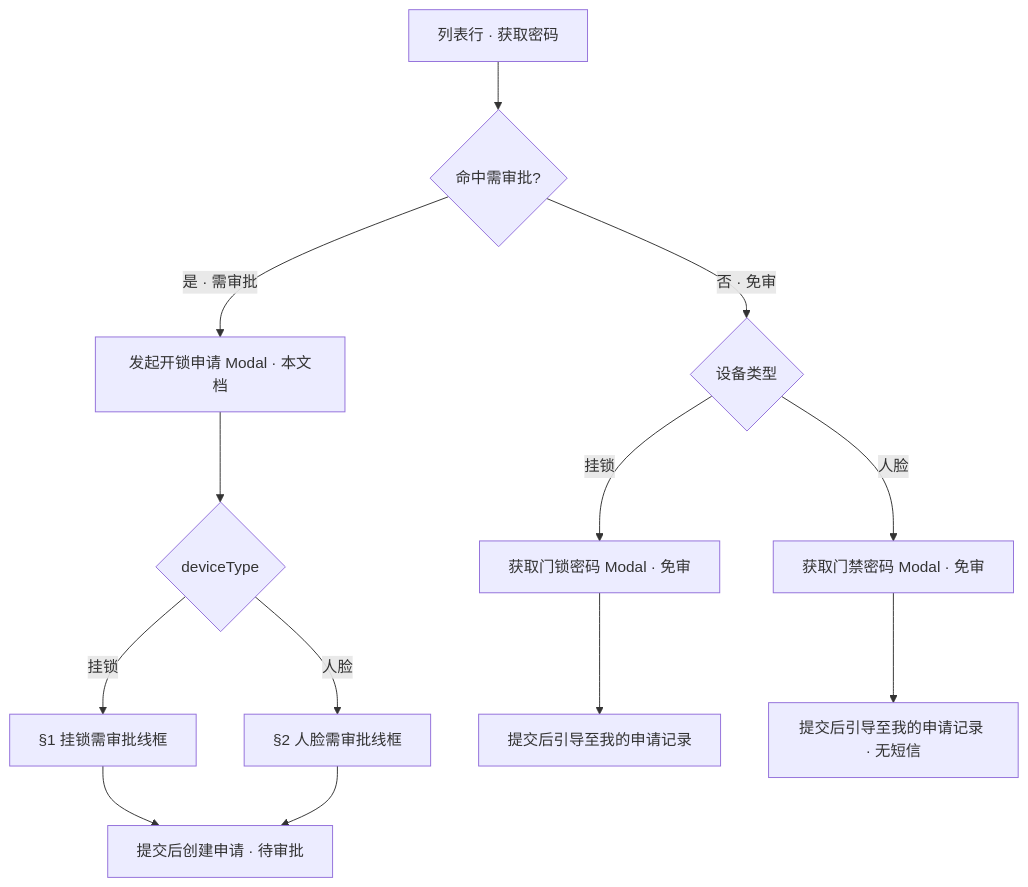
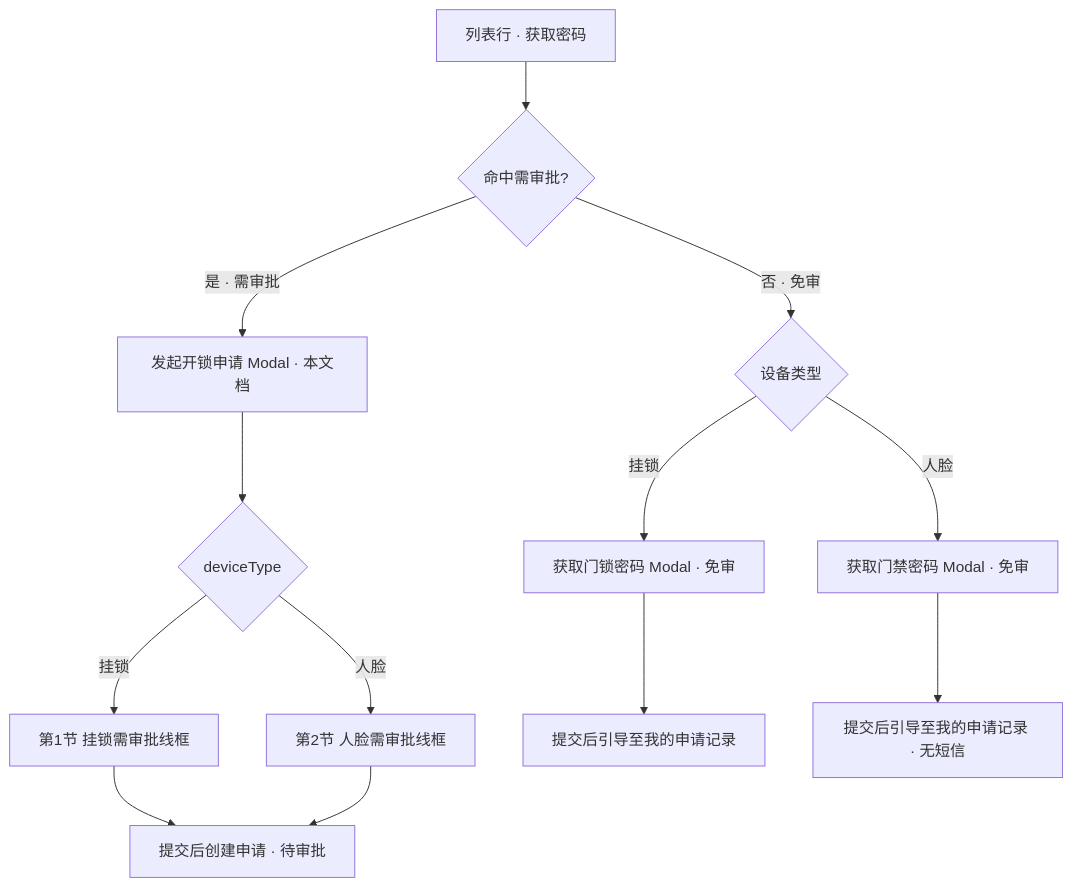
Before and after one commit to RobertHuang999/SYZC: the diagram in 02-PRD文档/B-迭代需求/6.2版本（2026.08）/07-审批中心/03-业务审批/04-我的申请管理/04-开锁审批/开锁申请_ASCII_发起申请页.md, drawn with Mermaid. The commit also changed other lines of this file and 440 other files, not shown here.

````diff
--- a/02-PRD文档/B-迭代需求/6.2版本（2026.08）/07-审批中心/03-业务审批/04-我的申请管理/04-开锁审批/开锁申请_ASCII_发起申请页.md
+++ b/02-PRD文档/B-迭代需求/6.2版本（2026.08）/07-审批中心/03-业务审批/04-我的申请管理/04-开锁审批/开锁申请_ASCII_发起申请页.md
@@ -19,15 +19,15 @@
 ```mermaid
 flowchart TD
     A[列表行 · 获取密码] --> B{命中需审批?}
     B -->|否 · 免审| C{设备类型}
     B -->|是 · 需审批| D[发起开锁申请 Modal · 本文档]
     C -->|挂锁| E[获取门锁密码 Modal · 免审]
     C -->|人脸| F[获取门禁密码 Modal · 免审]
     D --> G{deviceType}
-    G -->|挂锁| H[§1 挂锁需审批线框]
-    G -->|人脸| I[§2 人脸需审批线框]
+    G -->|挂锁| H[第1节 挂锁需审批线框]
+    G -->|人脸| I[第2节 人脸需审批线框]
     E --> J[提交后引导至我的申请记录]
     F --> K[提交后引导至我的申请记录 · 无短信]
     H --> L[提交后创建申请 · 待审批]
     I --> L
 ```
````
